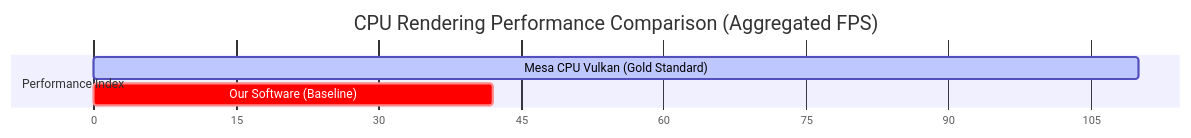
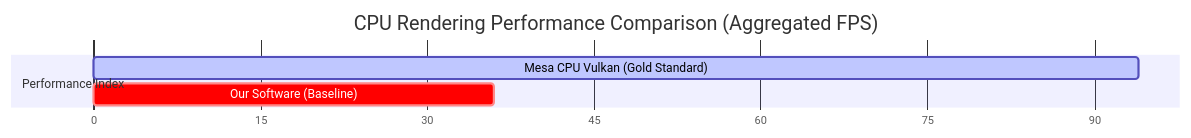
One commit to eugenenuke/glide-ng changed the second of 2 diagrams in docs/software_performance_tracker.md. Above: the diagram before and after it, drawn with Mermaid. The commit also changed other lines of this file, not shown here.

Commit message:
Update docs/software_performance_tracker.md with test08 and test18 baseline metrics

````diff
--- a/docs/software_performance_tracker.md
+++ b/docs/software_performance_tracker.md
@@ -100,9 +103,9 @@
 ```mermaid
 gantt
     title CPU Rendering Performance Comparison (Aggregated FPS)
     dateFormat  X
     axisFormat %s
     section Performance Index
-    Mesa CPU Vulkan (Gold Standard)      : active, 0, 110
-    Our Software (Baseline)              : crit, 0, 42
+    Mesa CPU Vulkan (Gold Standard)      : active, 0, 94
+    Our Software (Baseline)              : crit, 0, 36
 ```
````
